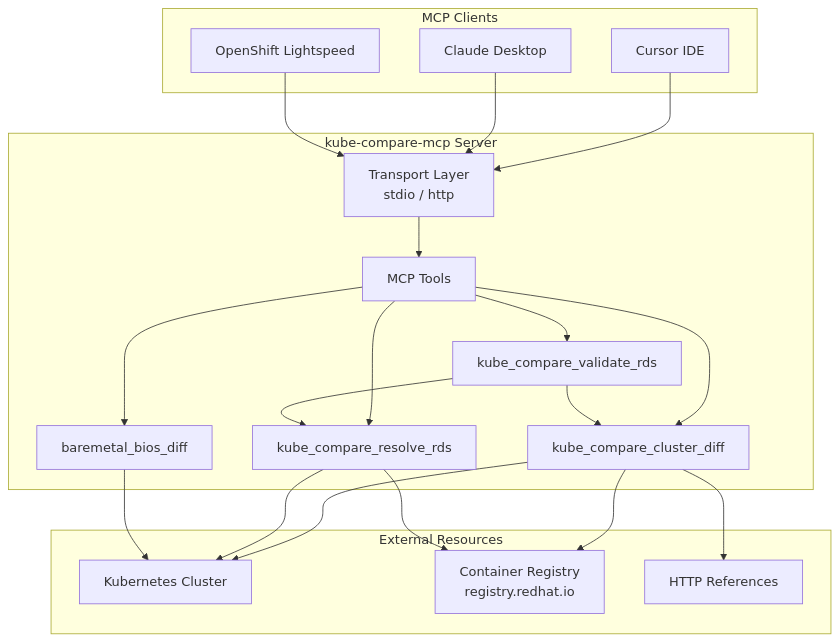
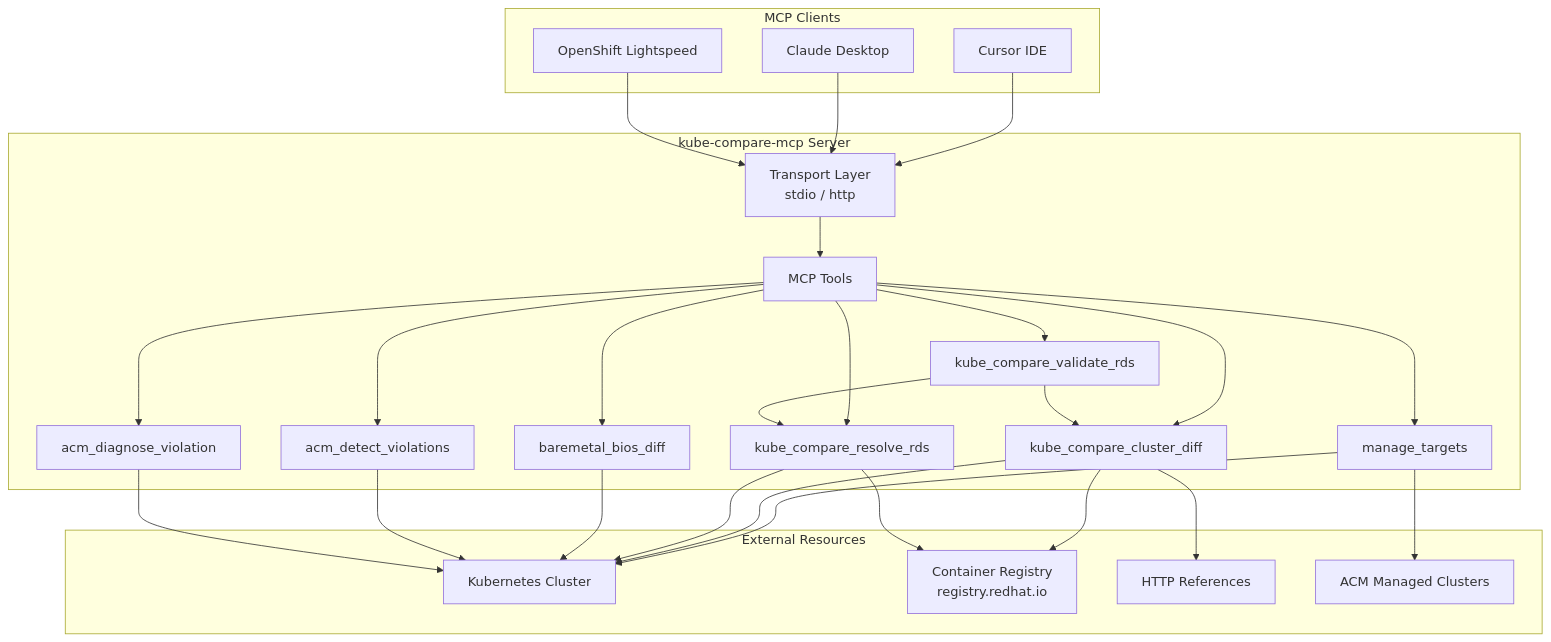
Before and after one commit to sakhoury/kube-compare-mcp: the diagram in README.md, drawn with Mermaid. The commit also changed other lines of this file and 51 other files, not shown here.

First line of the commit message:
Add ACM policy tools, target management, and multi-arch build support

````diff
--- a/README.md
+++ b/README.md
@@ -42,40 +46,51 @@
 ```mermaid
 flowchart TB
     subgraph clients [MCP Clients]
         Cursor[Cursor IDE]
         Claude[Claude Desktop]
         OLS[OpenShift Lightspeed]
     end
 
     subgraph server [kube-compare-mcp Server]
         Transport[Transport Layer<br/>stdio / http]
         Tools[MCP Tools]
+        Targets[manage_targets]
         Diff[kube_compare_cluster_diff]
         ResolveRDS[kube_compare_resolve_rds]
         ValidateRDS[kube_compare_validate_rds]
         BIOSDiff[baremetal_bios_diff]
+        ACMDetect[acm_detect_violations]
+        ACMDiagnose[acm_diagnose_violation]
     end
 
     subgraph external [External Resources]
         K8sCluster[Kubernetes Cluster]
         Registry[Container Registry<br/>registry.redhat.io]
         HTTPRef[HTTP References]
+        ManagedClusters[ACM Managed Clusters]
     end
 
     Cursor --> Transport
     Claude --> Transport
     OLS --> Transport
     Transport --> Tools
+    Tools --> Targets
     Tools --> Diff
     Tools --> ResolveRDS
     Tools --> ValidateRDS
     Tools --> BIOSDiff
+    Tools --> ACMDetect
+    Tools --> ACMDiagnose
+    Targets --> K8sCluster
+    Targets --> ManagedClusters
     Diff --> K8sCluster
     Diff --> Registry
     Diff --> HTTPRef
     ResolveRDS --> K8sCluster
     ResolveRDS --> Registry
     ValidateRDS --> Diff
     ValidateRDS --> ResolveRDS
     BIOSDiff --> K8sCluster
+    ACMDetect --> K8sCluster
+    ACMDiagnose --> K8sCluster
 ```
````
